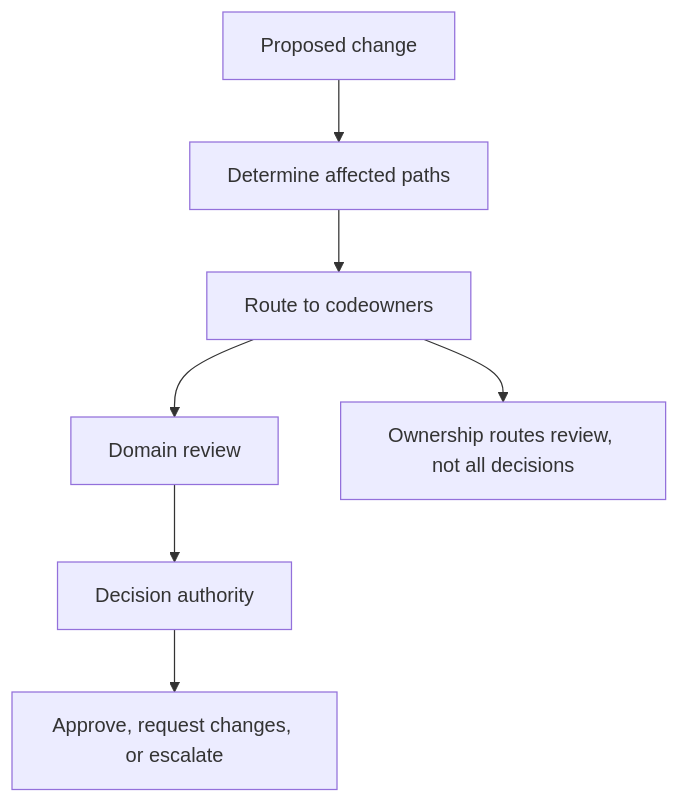
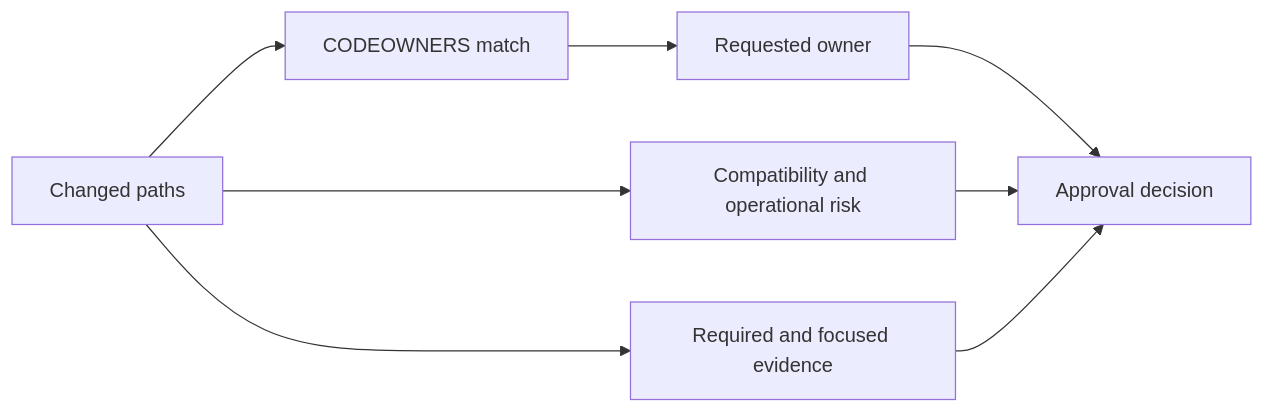
The diagram in docs/bijux-atlas-dev/workflow-ownership/codeowners-and-review.md (bijux/bijux-atlas), drawn with Mermaid before and after one commit. The commit also changed other lines of this file and 2 other files, not shown here.

Commit message:
docs(workflows): map triggers evidence and review authority

````diff
--- a/docs/bijux-atlas-dev/workflow-ownership/codeowners-and-review.md
+++ b/docs/bijux-atlas-dev/workflow-ownership/codeowners-and-review.md
@@ -17,10 +15,10 @@
 ```mermaid
-flowchart TD
-    Change[Proposed change] --> Paths[Determine affected paths]
-    Paths --> Owners[Route to codeowners]
-    Owners --> DomainReview[Domain review]
-    DomainReview --> Authority[Decision authority]
-    Authority --> Outcome[Approve, request changes, or escalate]
-
-    Owners --> Note[Ownership routes review, not all decisions]
+flowchart LR
+    Change[Changed paths] --> Route[CODEOWNERS match]
+    Route --> Reviewer[Requested owner]
+    Change --> Risk[Compatibility and operational risk]
+    Change --> Checks[Required and focused evidence]
+    Reviewer --> Decision[Approval decision]
+    Risk --> Decision
+    Checks --> Decision
 ```
````
